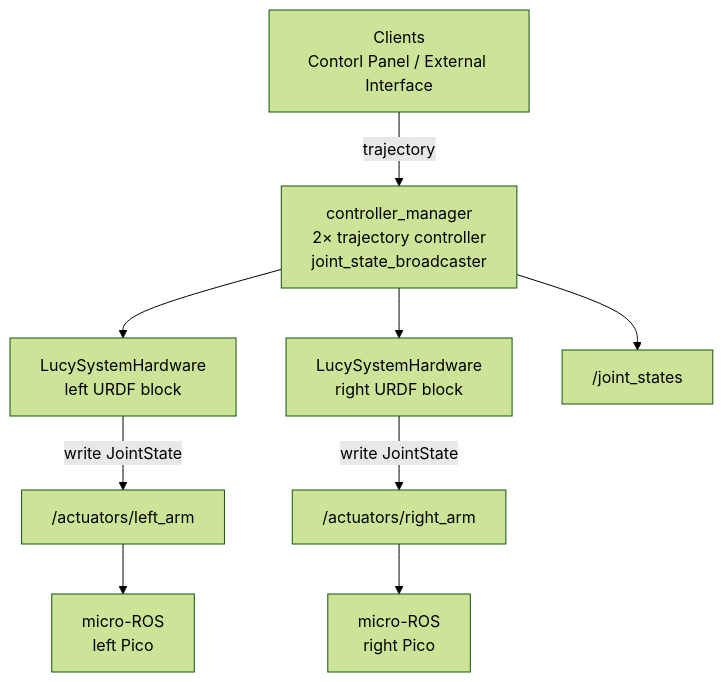
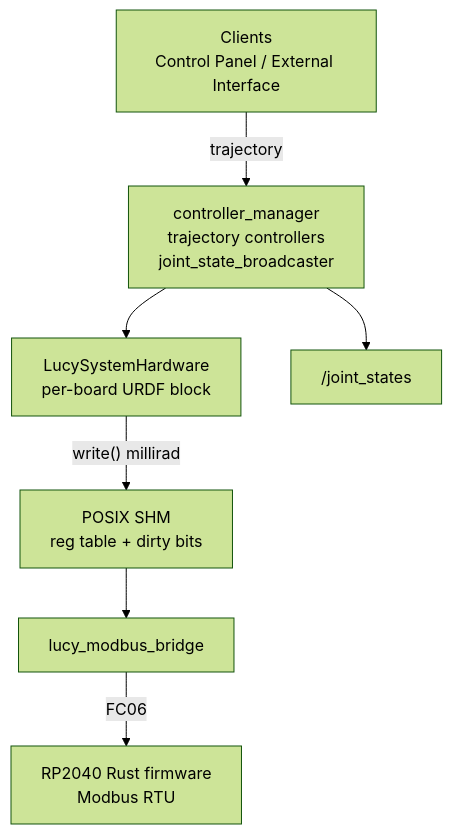
The diagram in docs/ROS2_CONTROL.md (Sentience-Robotics/lucy_ros_packages), drawn with Mermaid (forest theme) before and after one commit. The commit also changed other lines of this file and 37 other files, not shown here.

Commit message:
feat(modbus): add SHM bridge and switch config pipeline to Rust firmware

````diff
--- a/docs/ROS2_CONTROL.md
+++ b/docs/ROS2_CONTROL.md
@@ -39,19 +40,15 @@
 ```mermaid
 flowchart TB
-  C["Clients<br/>Contorl Panel / External Interface"]
-  CM["controller_manager<br/>2× trajectory controller<br/>joint_state_broadcaster"]
-  WL["LucySystemHardware<br/>left URDF block"]
-  WR["LucySystemHardware<br/>right URDF block"]
-  AL["/actuators/left_arm"]
-  AR["/actuators/right_arm"]
-  ML["micro-ROS<br/>left Pico"]
-  MR["micro-ROS<br/>right Pico"]
+  C["Clients<br/>Control Panel / External Interface"]
+  CM["controller_manager<br/>trajectory controllers<br/>joint_state_broadcaster"]
+  WL["LucySystemHardware<br/>per-board URDF block"]
+  SHM["POSIX SHM<br/>reg table + dirty bits"]
+  BR["lucy_modbus_bridge"]
+  FW["RP2040 Rust firmware<br/>Modbus RTU"]
   JS["/joint_states"]
 
   C -->|"trajectory"| CM
   CM --> WL
-  CM --> WR
   CM --> JS
-  WL -->|"write JointState"| AL --> ML
-  WR -->|"write JointState"| AR --> MR
+  WL -->|"write() millirad"| SHM --> BR -->|"FC06"| FW
 ```
````
